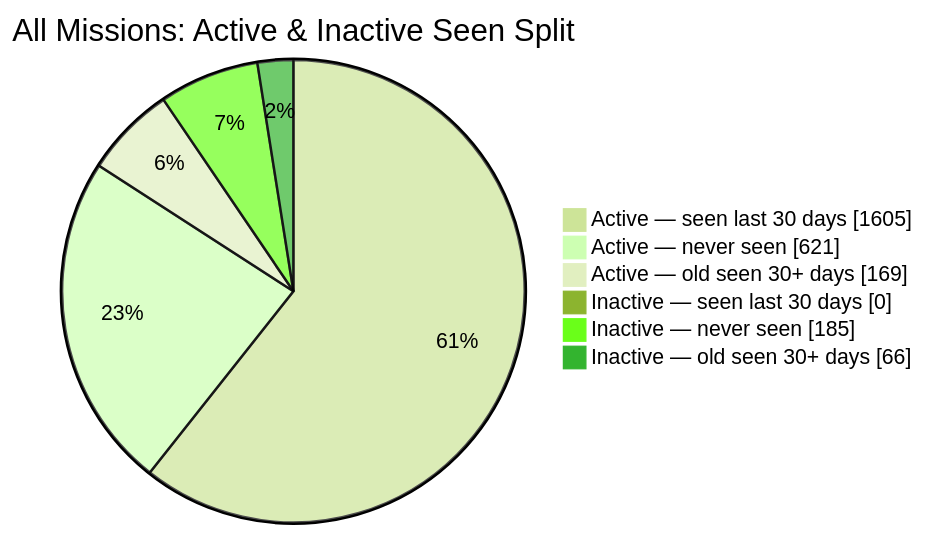
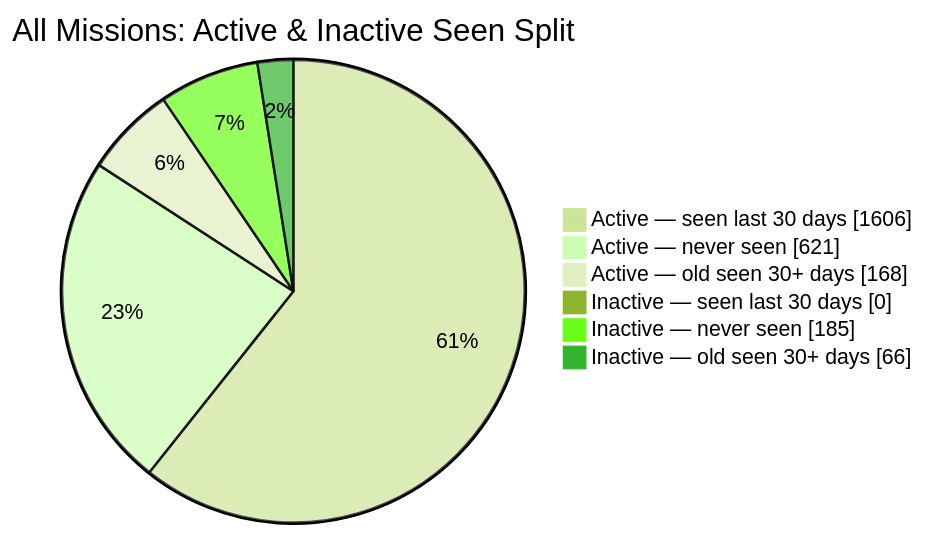
The second of 2 diagrams in README.md (MeldkamerspelGameTeam/active-missions), drawn with Mermaid (forest theme) before and after one commit. The commit also changed other lines of this file and 2 other files, not shown here.

````diff
--- a/README.md
+++ b/README.md
@@ -44,10 +44,10 @@
 ```mermaid
 pie showData
     title All Missions: Active & Inactive Seen Split
-    "Active — seen last 30 days" : 1605
+    "Active — seen last 30 days" : 1606
     "Active — never seen" : 621
-    "Active — old seen 30+ days" : 169
+    "Active — old seen 30+ days" : 168
     "Inactive — seen last 30 days" : 0
     "Inactive — never seen" : 185
     "Inactive — old seen 30+ days" : 66
 ```
````
